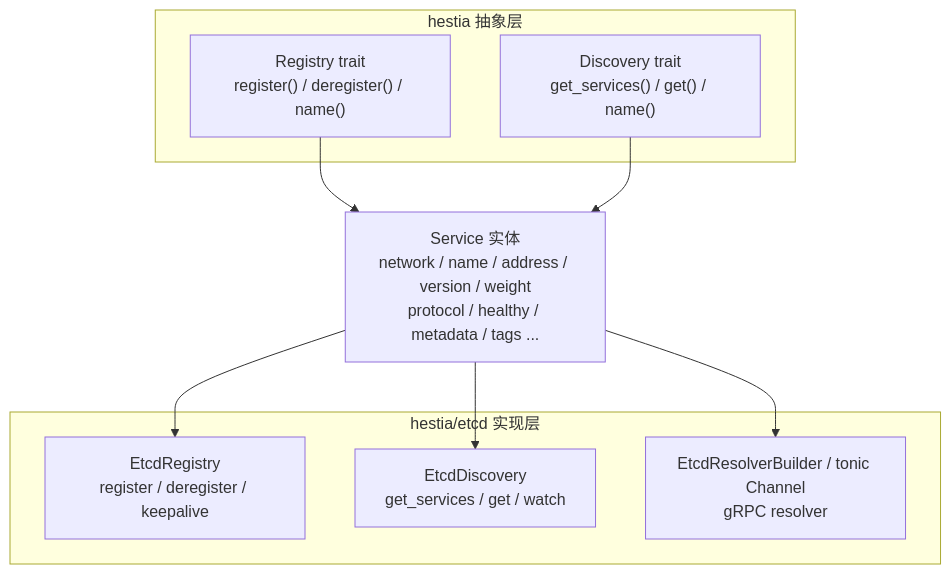
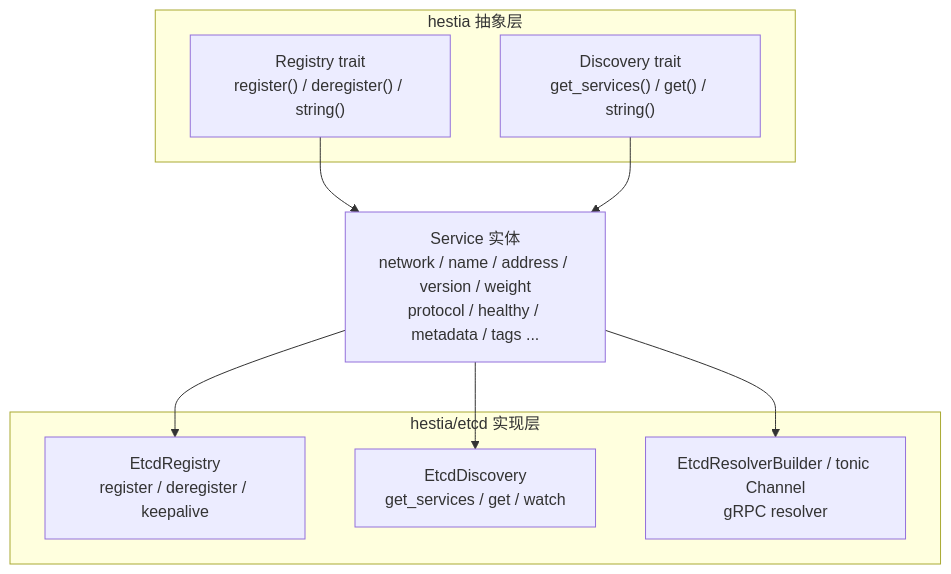
Before and after one commit to daheige/hephfx: the diagram in rs-hestia/readme.md, drawn with Mermaid. The commit also changed other lines of this file and 5 other files, not shown here.

````diff
--- a/rs-hestia/readme.md
+++ b/rs-hestia/readme.md
@@ -33,21 +33,21 @@
 ```mermaid
 flowchart TB
     subgraph Abstract["hestia 抽象层"]
-        Registry["Registry trait\nregister() / deregister() / name()"]
-        Discovery["Discovery trait\nget_services() / get() / name()"]
+        Registry["Registry trait\nregister() / deregister() / string()"]
+        Discovery["Discovery trait\nget_services() / get() / string()"]
     end
 
     Service["Service 实体\nnetwork / name / address / version / weight\nprotocol / healthy / metadata / tags ..."]
 
     subgraph Impl["hestia/etcd 实现层"]
         EtcdRegistry["EtcdRegistry\nregister / deregister / keepalive"]
         EtcdDiscovery["EtcdDiscovery\nget_services / get / watch"]
         EtcdResolver["EtcdResolverBuilder / tonic Channel\ngRPC resolver"]
     end
 
     Registry --> Service
     Discovery --> Service
     Service --> EtcdRegistry
     Service --> EtcdDiscovery
     Service --> EtcdResolver
 ```
````
